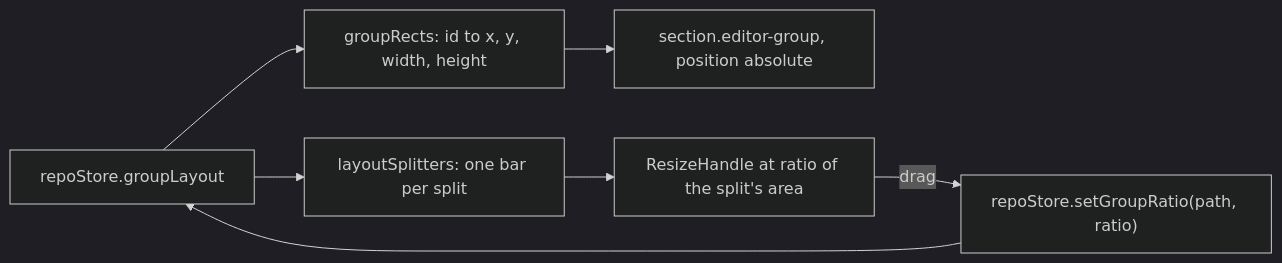
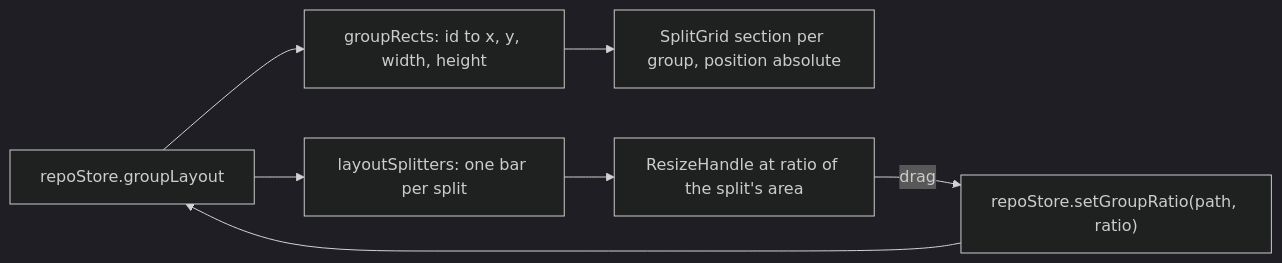
The second of 2 diagrams in docs/wiki/developer/How-the-Split-Editor-Works.md (shibbirweb/git-manager), drawn with Mermaid (dark theme) before and after one commit. The commit also changed other lines of this file and 453 other files, not shown here.

````diff
--- a/docs/wiki/developer/How-the-Split-Editor-Works.md
+++ b/docs/wiki/developer/How-the-Split-Editor-Works.md
@@ -38,9 +38,9 @@
 ```mermaid
 flowchart LR
   Layout["repoStore.groupLayout"] --> Rects["groupRects: id to x, y, width, height"]
   Layout --> Bars["layoutSplitters: one bar per split"]
-  Rects --> Sections["section.editor-group, position absolute"]
+  Rects --> Sections["SplitGrid section per group, position absolute"]
   Bars --> Handles["ResizeHandle at ratio of the split's area"]
   Handles -->|"drag"| Ratio["repoStore.setGroupRatio(path, ratio)"]
   Ratio --> Layout
 ```
````
